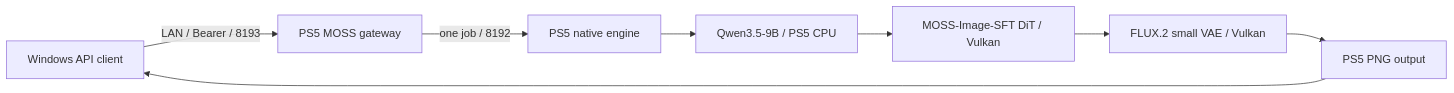
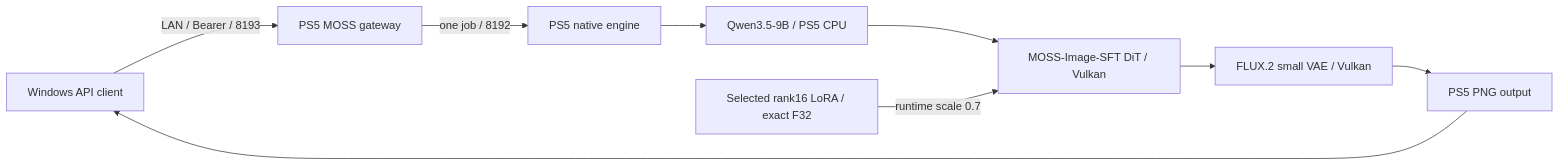
Before and after one commit to akiba-tokyo-jp/PS5-AI-MOSS-Image: the diagram in README.md, drawn with Mermaid. The commit also changed other lines of this file and 44 other files, not shown here.

````diff
--- a/README.md
+++ b/README.md
@@ -9,10 +9,11 @@
 ```mermaid
 flowchart LR
   PC[Windows API client] -->|LAN / Bearer / 8193| GW[PS5 MOSS gateway]
   GW -->|one job / 8192| API[PS5 native engine]
   API --> TE[Qwen3.5-9B / PS5 CPU]
   TE --> DIT[MOSS-Image-SFT DiT / Vulkan]
+  LORA[Selected rank16 LoRA / exact F32] -->|runtime scale 0.7| DIT
   DIT --> VAE[FLUX.2 small VAE / Vulkan]
   VAE --> PNG[PS5 PNG output]
   PNG --> PC
 ```
````
